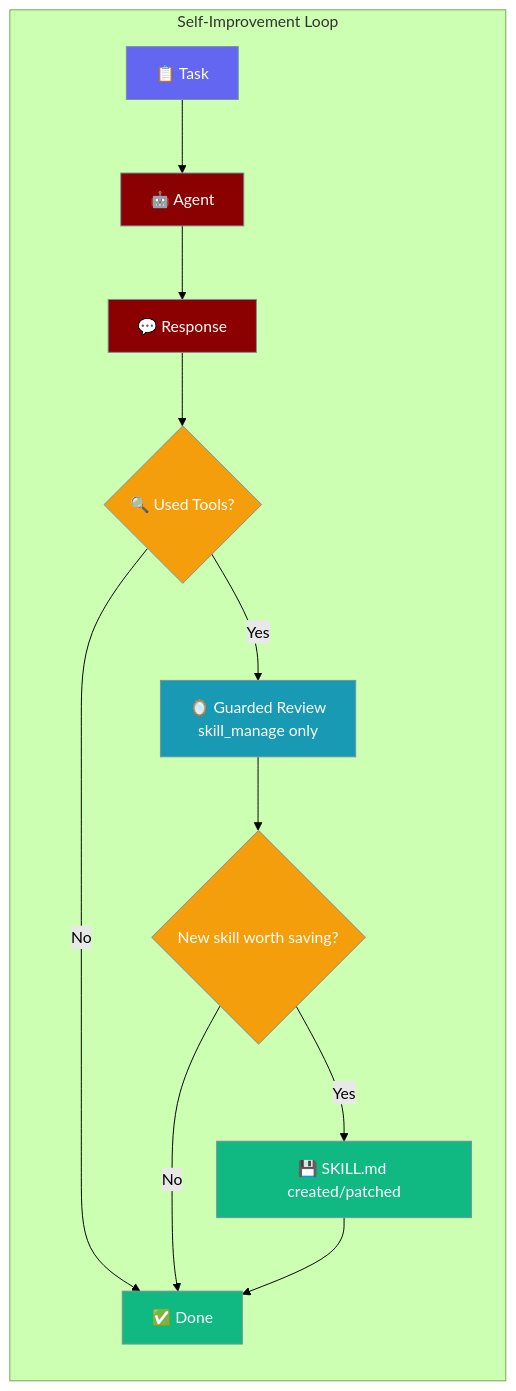
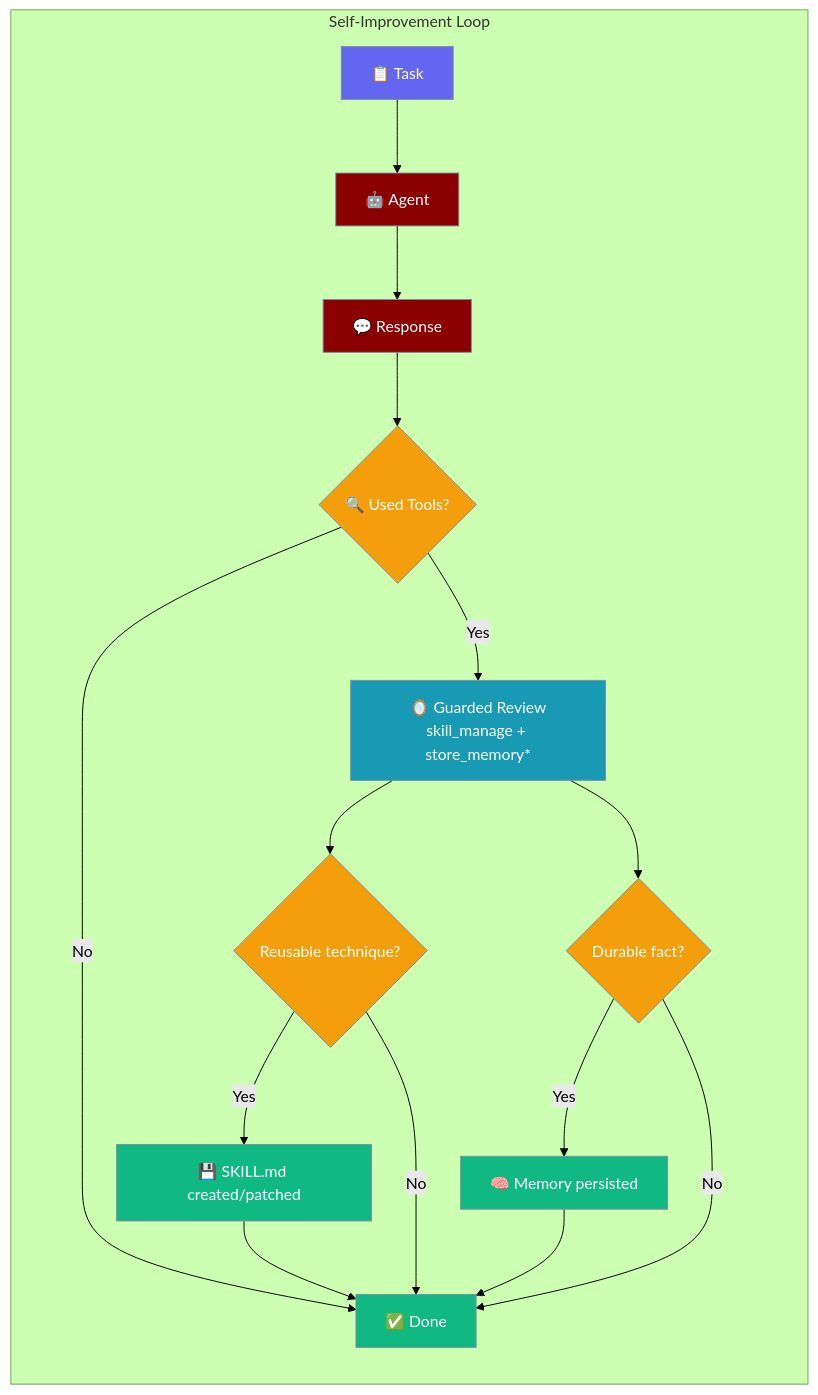
Before and after one commit to MervinPraison/PraisonAIDocs: the first of 5 diagrams in docs/features/self-improve.mdx, drawn with Mermaid (forest theme). The commit also changed other lines of this file and 1 other file, not shown here.

First line of the commit message:
docs: guarded self-improve review now also persists memory via store_memory (fixes #3019)

````diff
--- a/docs/features/self-improve.mdx
+++ b/docs/features/self-improve.mdx
@@ -50,26 +50,30 @@
 ```mermaid
 graph LR
     subgraph "Self-Improvement Loop"
         T[📋 Task] --> A[🤖 Agent]
         A --> R[💬 Response]
         R --> G{🔍 Used Tools?}
         G -->|No| Done[✅ Done]
-        G -->|Yes| Rev[🪞 Guarded Review<br/>skill_manage only]
-        Rev --> D{New skill worth saving?}
-        D -->|No| Done
-        D -->|Yes| S[💾 SKILL.md created/patched]
+        G -->|Yes| Rev[🪞 Guarded Review<br/>skill_manage + store_memory*]
+        Rev --> D1{Reusable technique?}
+        Rev --> D2{Durable fact?}
+        D1 -->|Yes| S[💾 SKILL.md created/patched]
+        D2 -->|Yes| M[🧠 Memory persisted]
+        D1 -->|No| Done
+        D2 -->|No| Done
         S --> Done
+        M --> Done
     end
 
     classDef input fill:#6366F1,stroke:#7C90A0,color:#fff
     classDef agent fill:#8B0000,stroke:#7C90A0,color:#fff
     classDef gate fill:#F59E0B,stroke:#7C90A0,color:#fff
     classDef review fill:#189AB4,stroke:#7C90A0,color:#fff
     classDef done fill:#10B981,stroke:#7C90A0,color:#fff
 
     class T input
     class A,R agent
-    class G,D gate
+    class G,D1,D2 gate
     class Rev review
-    class S,Done done
+    class S,M,Done done
 ```
````
